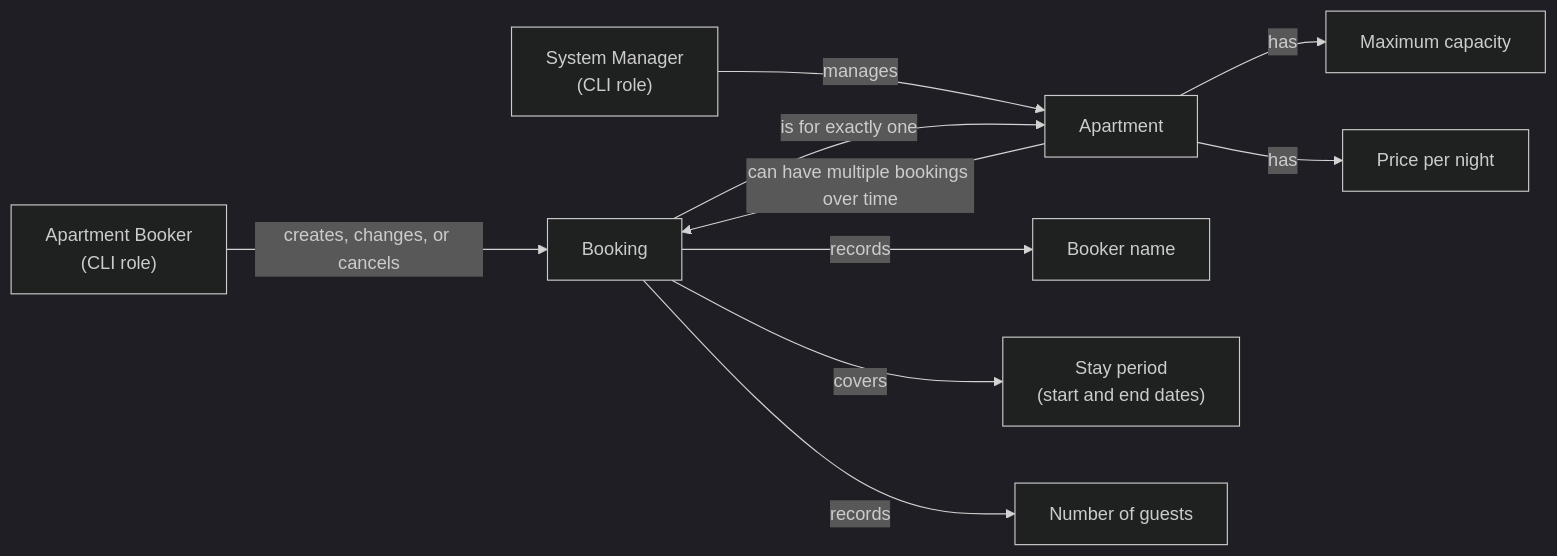
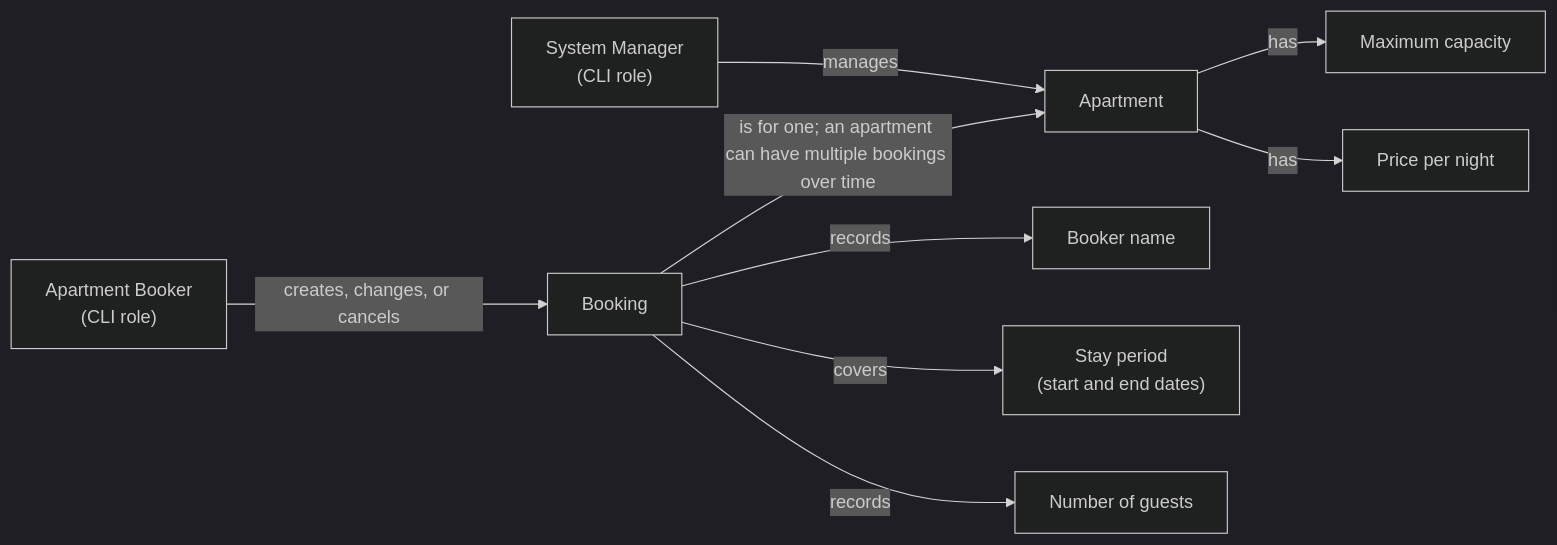
Before and after one commit to SebastianoDruda/apartment-booking-cli: the diagram in README.md, drawn with Mermaid (dark theme).

````diff
--- a/README.md
+++ b/README.md
@@ -9,22 +9,21 @@
 ```mermaid
 flowchart LR
     Booker["Apartment Booker<br/>(CLI role)"]
     Manager["System Manager<br/>(CLI role)"]
     Booking["Booking"]
     Apartment["Apartment"]
     BookerName["Booker name"]
     StayPeriod["Stay period<br/>(start and end dates)"]
     GuestCount["Number of guests"]
     Capacity["Maximum capacity"]
     NightlyPrice["Price per night"]
 
     Booker -->|creates, changes, or cancels| Booking
     Manager -->|manages| Apartment
-    Booking -->|is for exactly one| Apartment
-    Apartment -->|can have multiple bookings over time| Booking
+    Booking -->|is for one; an apartment can have multiple bookings over time| Apartment
     Booking -->|records| BookerName
     Booking -->|covers| StayPeriod
     Booking -->|records| GuestCount
     Apartment -->|has| Capacity
     Apartment -->|has| NightlyPrice
 ```
````
